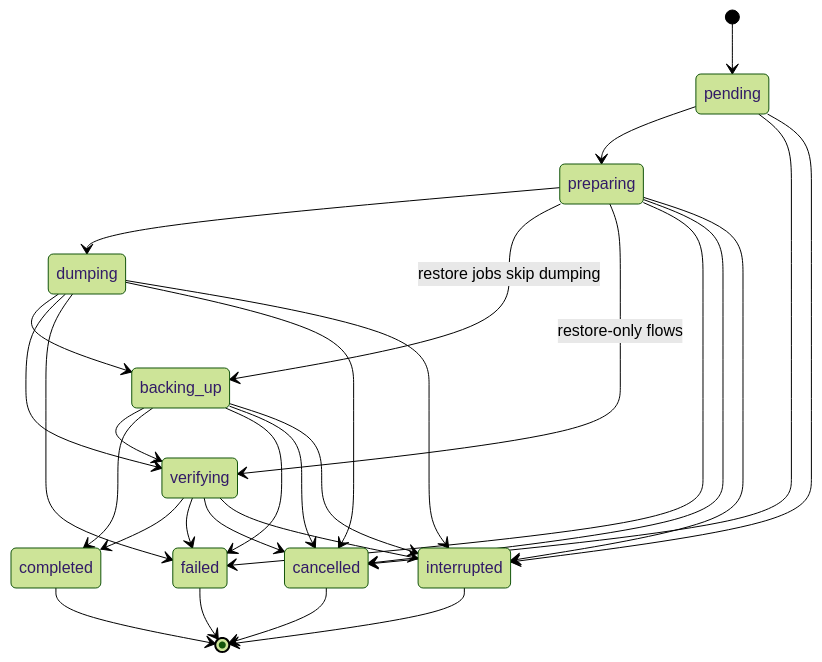
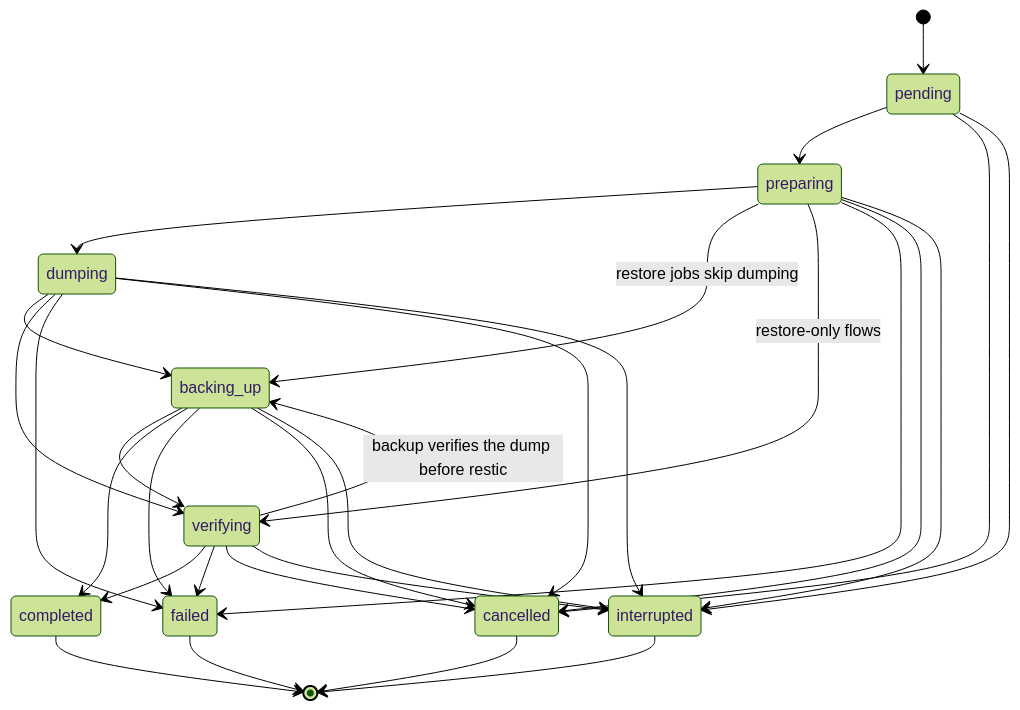
Before and after one commit to JamunaSoft/servervault: the diagram in docs/job-lifecycle.md, drawn with Mermaid (forest theme). The commit also changed other lines of this file and 2 other files, not shown here.

First line of the commit message:
feat(job): allow verifying to transition to backing_up

````diff
--- a/docs/job-lifecycle.md
+++ b/docs/job-lifecycle.md
@@ -30,37 +30,38 @@
 ```mermaid
 stateDiagram-v2
     [*] --> pending
 
     pending --> preparing
     pending --> cancelled
     pending --> interrupted
 
     preparing --> dumping
     preparing --> backing_up: restore jobs skip dumping
     preparing --> verifying: restore-only flows
     preparing --> failed
     preparing --> cancelled
     preparing --> interrupted
 
     dumping --> backing_up
     dumping --> verifying
     dumping --> failed
     dumping --> cancelled
     dumping --> interrupted
 
     backing_up --> verifying
     backing_up --> completed
     backing_up --> failed
     backing_up --> cancelled
     backing_up --> interrupted
 
     verifying --> completed
+    verifying --> backing_up: backup verifies the dump before restic
     verifying --> failed
     verifying --> cancelled
     verifying --> interrupted
 
     completed --> [*]
     failed --> [*]
     cancelled --> [*]
     interrupted --> [*]
 ```
````
